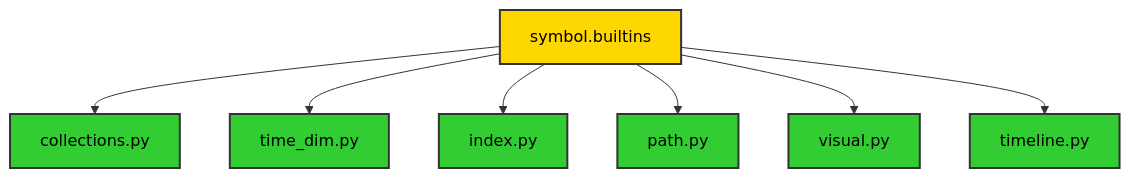
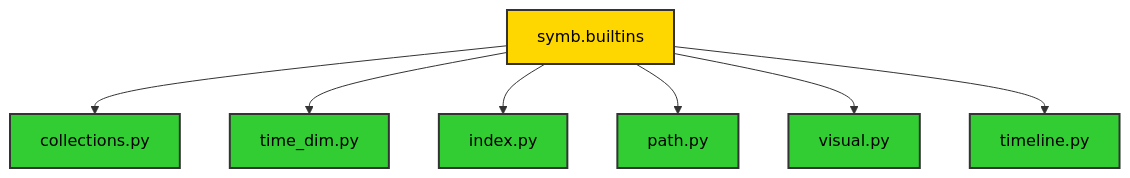
Before and after one commit to ikko/sym: the second of 2 diagrams in docs/topics/3_layered_architecture/index.md, drawn with Mermaid. The commit also changed other lines of this file and 92 other files, not shown here.

Commit message:
rename symbol to symb

````diff
--- a/docs/topics/3_layered_architecture/index.md
+++ b/docs/topics/3_layered_architecture/index.md
@@ -34,17 +34,17 @@
 ```mermaid
 graph TD
-    A[symbol.builtins] --> B[collections.py];
+    A[symb.builtins] --> B[collections.py];
     A --> C[time_dim.py];
     A --> D[index.py];
     A --> E[path.py];
     A --> F[visual.py];
     A --> G[timeline.py];
 
     style A fill:#FFD700,stroke:#333,stroke-width:2px,color:#000000;
     style B fill:#32CD32,stroke:#333,stroke-width:2px,color:#000000;
     style C fill:#32CD32,stroke:#333,stroke-width:2px,color:#000000;
     style D fill:#32CD32,stroke:#333,stroke-width:2px,color:#000000;
     style E fill:#32CD32,stroke:#333,stroke-width:2px,color:#000000;
     style F fill:#32CD32,stroke:#333,stroke-width:2px,color:#000000;
     style G fill:#32CD32,stroke:#333,stroke-width:2px,color:#000000;
 ```
````
